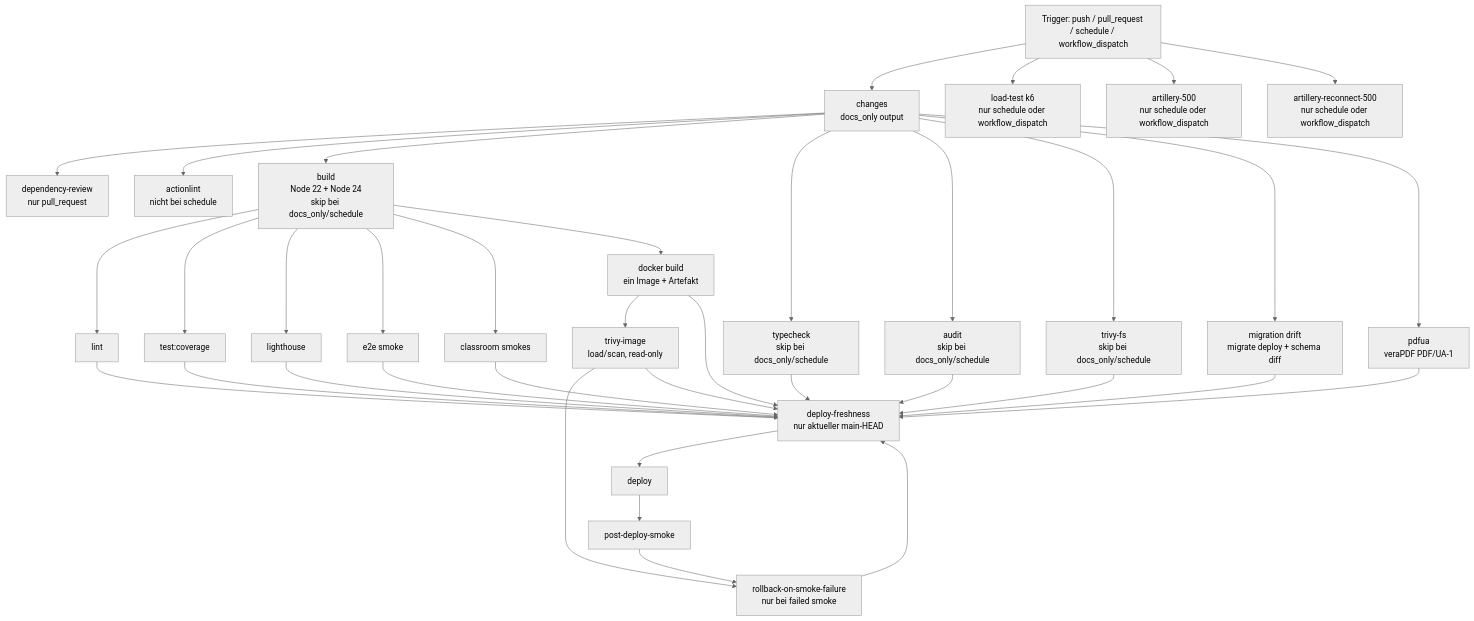
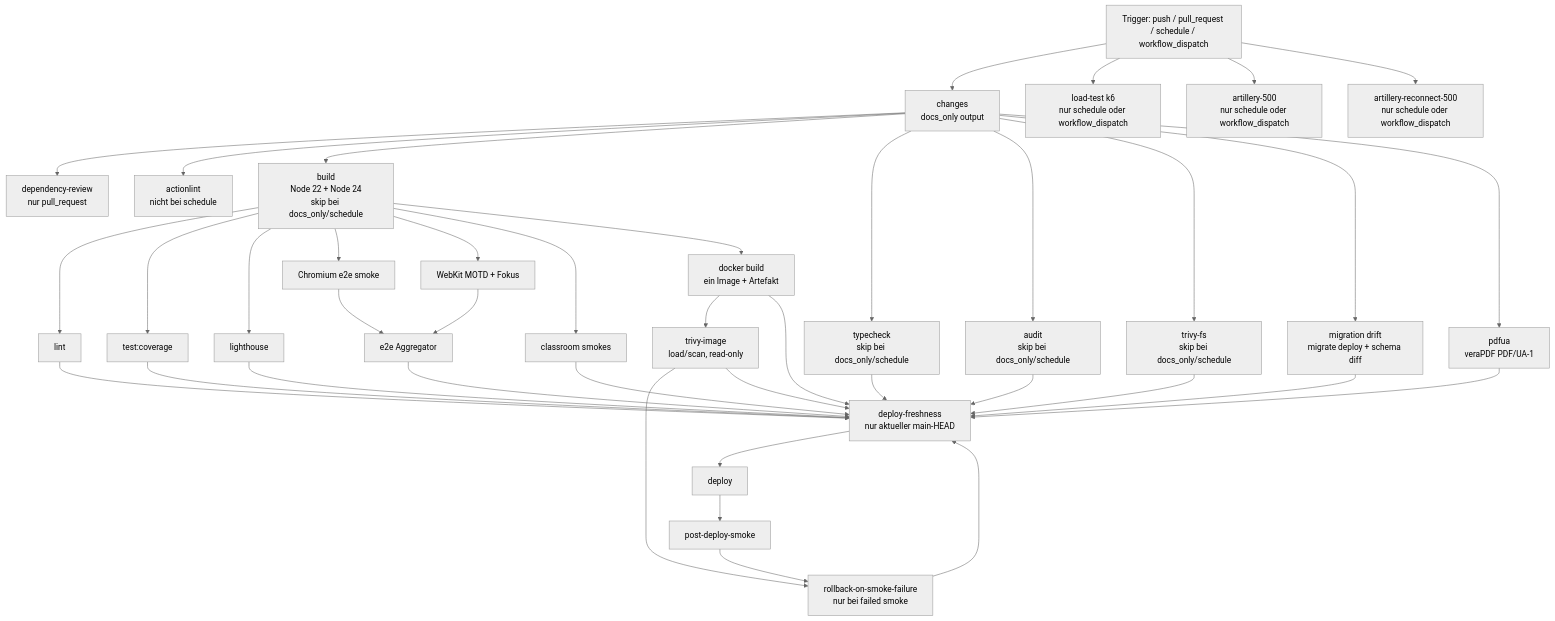
One commit to kqc-real/arsnova.eu changed the diagram in docs/CI-WORKFLOW.md. Above: the diagram before and after it, drawn with Mermaid (neutral theme). The commit also changed other lines of this file and 13 other files, not shown here.

First line of the commit message:
Skip-Link- und MOTD-Fokus korrekt zurückführen (#263)

````diff
--- a/docs/CI-WORKFLOW.md
+++ b/docs/CI-WORKFLOW.md
@@ -64,46 +64,49 @@
 ```mermaid
 flowchart TD
   A[Trigger: push / pull_request / schedule / workflow_dispatch]
   A --> Z[changes<br/>docs_only output]
 
   Z --> B[dependency-review<br/>nur pull_request]
   Z --> C[actionlint<br/>nicht bei schedule]
   Z --> D[build<br/>Node 22 + Node 24<br/>skip bei docs_only/schedule]
   Z --> E[typecheck<br/>skip bei docs_only/schedule]
   Z --> F[audit<br/>skip bei docs_only/schedule]
   Z --> G[trivy-fs<br/>skip bei docs_only/schedule]
   Z --> G2[migration drift<br/>migrate deploy + schema diff]
   Z --> PUA[pdfua<br/>veraPDF PDF/UA-1]
 
   D --> H[lint]
   D --> I[test:coverage]
   D --> J[lighthouse]
-  D --> K[e2e smoke]
+  D --> KC[Chromium e2e smoke]
+  D --> KW[WebKit MOTD + Fokus]
+  KC --> K[e2e Aggregator]
+  KW --> K
   D --> K2[classroom smokes]
   D --> L[docker build<br/>ein Image + Artefakt]
   L --> M[trivy-image<br/>load/scan, read-only]
   M --> P[publish-image<br/>GHCR nur main]
 
   H --> Q[deploy-freshness<br/>nur aktueller main-HEAD]
   I --> Q
   J --> Q
   K --> Q
   K2 --> Q
   L --> Q
   E --> Q
   F --> Q
   G --> Q
   G2 --> Q
   PUA --> Q
   M --> Q
   P --> Q
 
   Q --> N[deploy]
 
   N --> O[post-deploy-smoke]
   O --> P[rollback-on-smoke-failure<br/>nur bei failed smoke]
 
   A --> R[load-test k6<br/>nur schedule oder workflow_dispatch]
   A --> R2[artillery-500<br/>nur schedule oder workflow_dispatch]
   A --> R2a[artillery-reconnect-500<br/>nur schedule oder workflow_dispatch]
 ```
````
